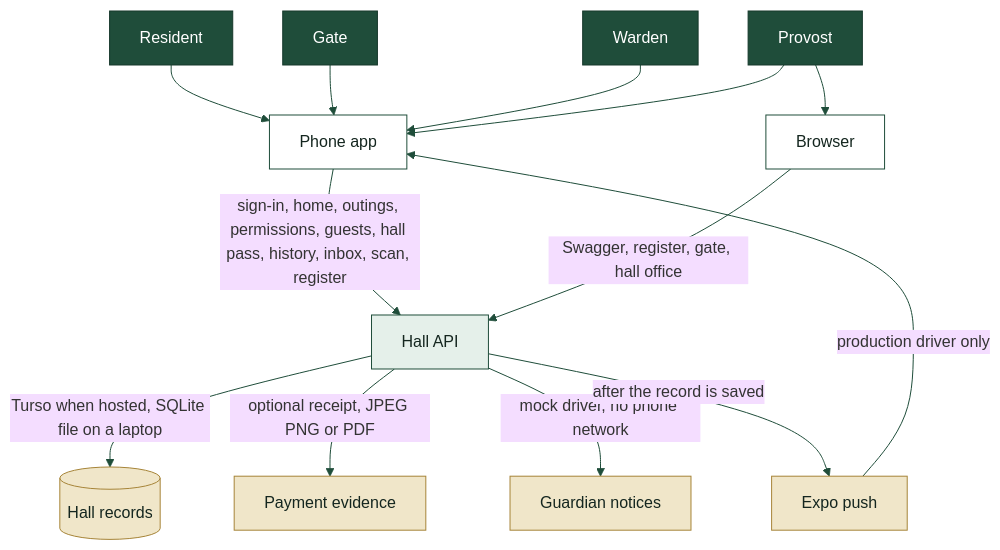
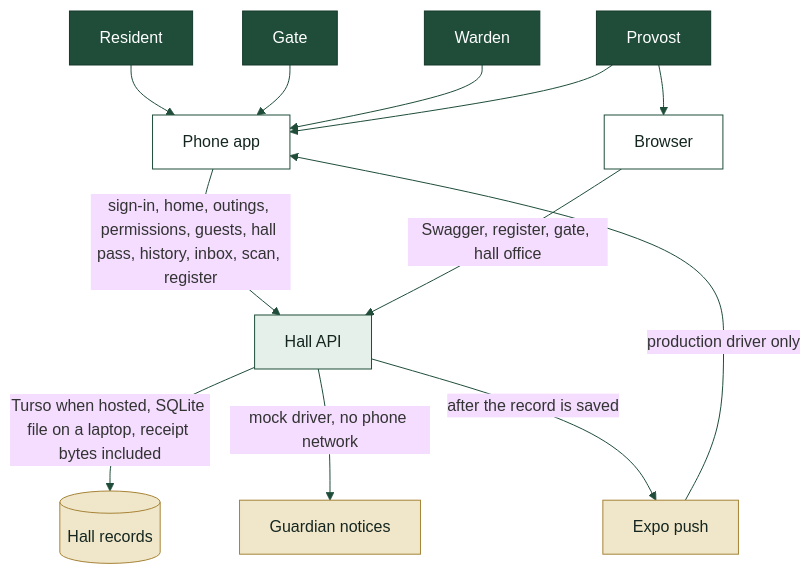
Before and after one commit to AbuIqbal123/BSJ-Hostel-Management: the first of 4 diagrams in README.md, drawn with Mermaid. The commit also changed other lines of this file and 12 other files, not shown here.

Commit message:
Store guest payment evidence in the hall database.

````diff
--- a/README.md
+++ b/README.md
@@ -11,37 +11,35 @@
 ```mermaid
 %%{init: {'theme': 'base', 'themeVariables': {'fontFamily': 'ui-sans-serif, sans-serif', 'lineColor': '#1F4D3A', 'textColor': '#14261F'}}}%%
 flowchart TB
   resident["Resident"]
   gate["Gate"]
   warden["Warden"]
   provost["Provost"]
   phone["Phone app"]
   browser["Browser"]
   api["Hall API"]
   records[("Hall records")]
-  files["Payment evidence"]
   sms["Guardian notices"]
   push["Expo push"]
 
   resident --> phone
   gate --> phone
   warden --> phone
   provost --> phone
   provost --> browser
   phone -->|"sign-in, home, outings, permissions, guests, hall pass, history, inbox, scan, register"| api
   browser -->|"Swagger, register, gate, hall office"| api
-  api -->|"Turso when hosted, SQLite file on a laptop"| records
-  api -->|"optional receipt, JPEG PNG or PDF"| files
+  api -->|"Turso when hosted, SQLite file on a laptop, receipt bytes included"| records
   api -->|"mock driver, no phone network"| sms
   api -->|"after the record is saved"| push
   push -->|"production driver only"| phone
 
   classDef person fill:#1F4D3A,stroke:#16382B,color:#FFFFFF
   classDef client fill:#FFFFFF,stroke:#1F4D3A,color:#14261F
   classDef core fill:#E5F0EA,stroke:#1F4D3A,color:#14261F
   classDef store fill:#F0E6C9,stroke:#A68438,color:#14261F
   class resident,gate,warden,provost person
   class phone,browser client
   class api core
-  class records,files,sms,push store
+  class records,sms,push store
 ```
````
